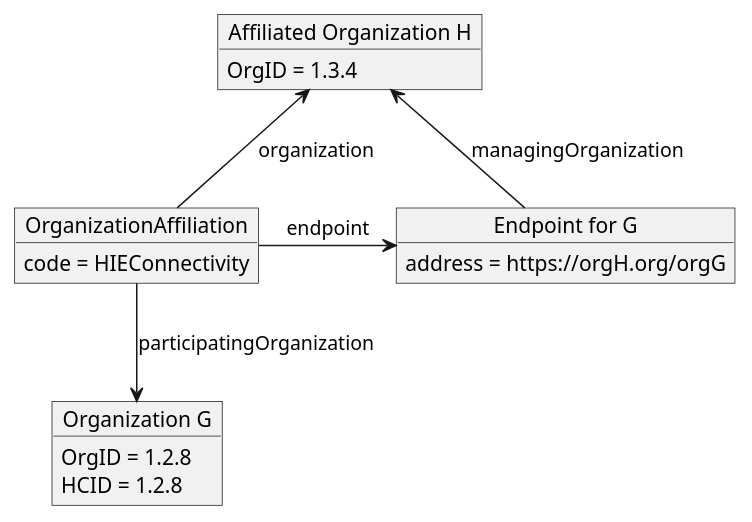
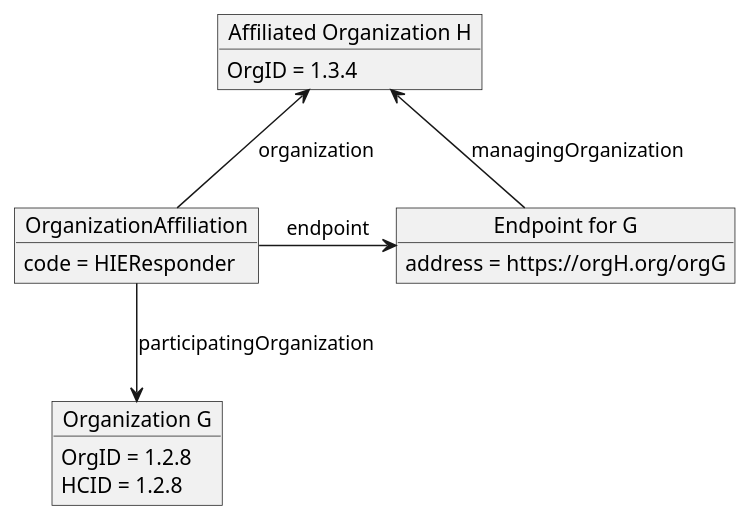
Before and after one commit to IHE/ITI.Topologies: the diagram in images-source/dir-org-specific-endpoint-from-affil.plantuml, drawn with PlantUML. The commit also changed 12 other files, not shown here.

```diff
--- a/images-source/dir-org-specific-endpoint-from-affil.plantuml
+++ b/images-source/dir-org-specific-endpoint-from-affil.plantuml
@@ -1,19 +1,19 @@
 @startuml dir-org-specific-endpoint-from-affil
 hide footbox
 
 object "Organization G" as OrganizationG
 OrganizationG : OrgID = 1.2.8
 OrganizationG : HCID = 1.2.8
 object "Affiliated Organization H" as OrganizationH
 OrganizationH : OrgID = 1.3.4
 object "OrganizationAffiliation" as OrgAff
-OrgAff : code = HIEConnectivity
+OrgAff : code = HIEResponder
 object "Endpoint for G" as EndpointG
 EndpointG : address = https://orgH.org/orgG
 
 OrgAff --> OrganizationG : participatingOrganization
 OrganizationH <-- OrgAff : organization
 OrgAff -> EndpointG : endpoint
 OrganizationH <- EndpointG : managingOrganization
 
 @enduml
```
